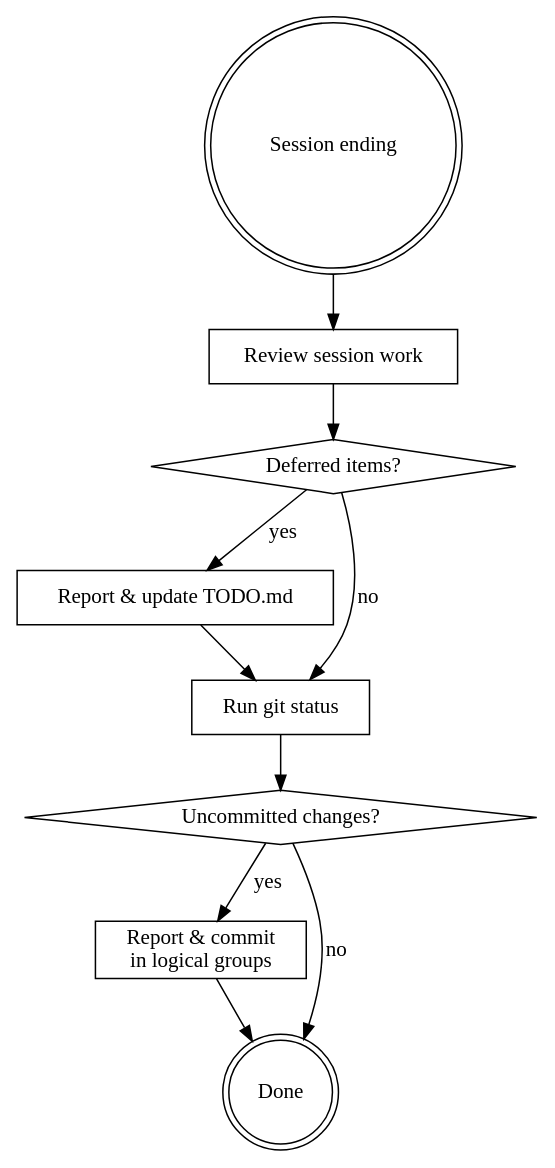
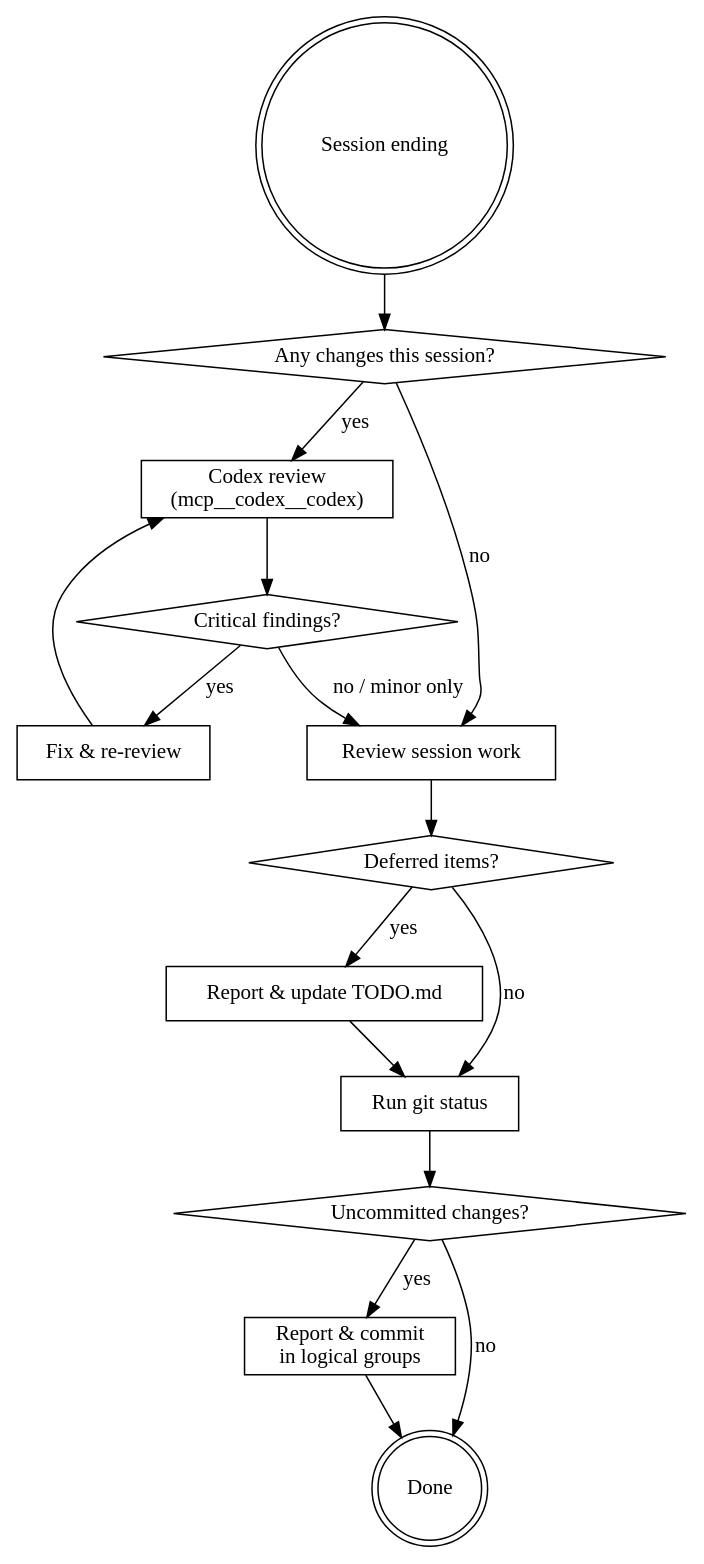
One commit to k-ymmt/yosh changed the diagram in .claude/skills/wrap-up/SKILL.md. Above: the diagram before and after it, drawn with Graphviz. The commit also changed other lines of this file, not shown here.

First line of the commit message:
docs(skills): add Codex MCP review phase to wrap-up skill

````diff
--- a/.claude/skills/wrap-up/SKILL.md
+++ b/.claude/skills/wrap-up/SKILL.md
@@ -12,22 +12,32 @@
 ```dot
 digraph wrap_up {
     "Session ending" [shape=doublecircle];
+    "Any changes this session?" [shape=diamond];
+    "Codex review\n(mcp__codex__codex)" [shape=box];
+    "Critical findings?" [shape=diamond];
+    "Fix & re-review" [shape=box];
     "Review session work" [shape=box];
     "Deferred items?" [shape=diamond];
     "Report & update TODO.md" [shape=box];
     "Run git status" [shape=box];
     "Uncommitted changes?" [shape=diamond];
     "Report & commit\nin logical groups" [shape=box];
     "Done" [shape=doublecircle];
 
-    "Session ending" -> "Review session work";
+    "Session ending" -> "Any changes this session?";
+    "Any changes this session?" -> "Codex review\n(mcp__codex__codex)" [label="yes"];
+    "Any changes this session?" -> "Review session work" [label="no"];
+    "Codex review\n(mcp__codex__codex)" -> "Critical findings?";
+    "Critical findings?" -> "Fix & re-review" [label="yes"];
+    "Fix & re-review" -> "Codex review\n(mcp__codex__codex)";
+    "Critical findings?" -> "Review session work" [label="no / minor only"];
     "Review session work" -> "Deferred items?";
     "Deferred items?" -> "Report & update TODO.md" [label="yes"];
     "Deferred items?" -> "Run git status" [label="no"];
     "Report & update TODO.md" -> "Run git status";
     "Run git status" -> "Uncommitted changes?";
     "Uncommitted changes?" -> "Report & commit\nin logical groups" [label="yes"];
     "Uncommitted changes?" -> "Done" [label="no"];
     "Report & commit\nin logical groups" -> "Done";
 }
 ```
````
